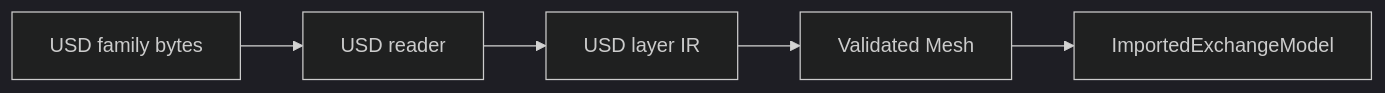
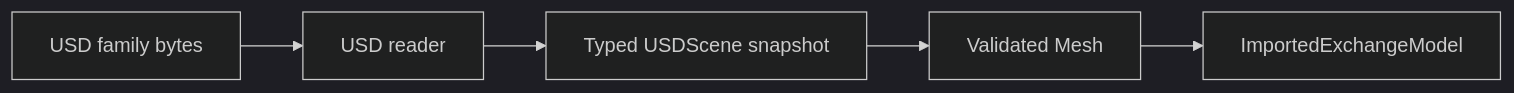
The fifth of 8 diagrams in SPEC.md (1amageek/swift-CAD), drawn with Mermaid (dark theme) before and after one commit. The commit also changed other lines of this file and 824 other files, not shown here.

Commit message:
Implement exact CAD kernel modeling architecture

````diff
--- a/SPEC.md
+++ b/SPEC.md
@@ -1293,7 +1421,7 @@
 ```mermaid
 flowchart LR
     Source["USD family bytes"] --> Reader["USD reader"]
-    Reader --> Layer["USD layer IR"]
-    Layer --> Mesh["Validated Mesh"]
+    Reader --> Scene["Typed USDScene snapshot"]
+    Scene --> Mesh["Validated Mesh"]
     Mesh --> Imported["ImportedExchangeModel"]
 ```
````
